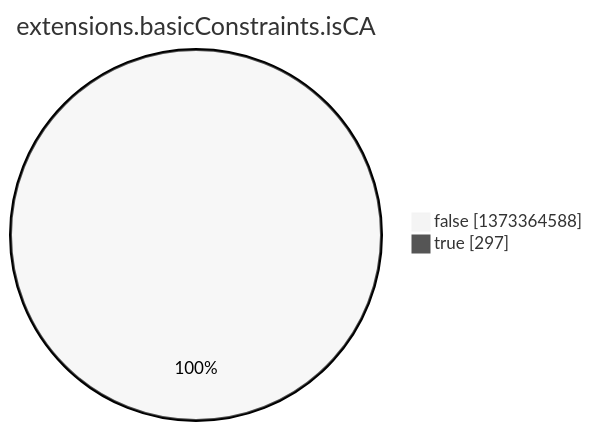
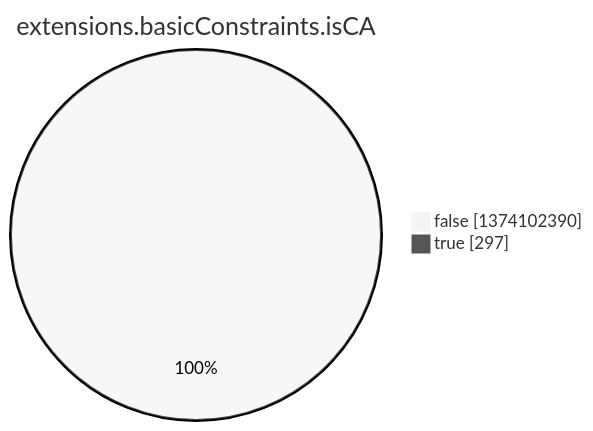
One commit to christiankrug/ctmonitor_visualization changed the eighth of 15 diagrams in argon2022/README.md. Above: the diagram before and after it, drawn with Mermaid (neutral theme). The commit also changed other lines of this file, not shown here.

````diff
--- a/argon2022/README.md
+++ b/argon2022/README.md
@@ -2759,6 +2759,6 @@
 ```mermaid
 pie showData
 title extensions.basicConstraints.isCA
-"false" :1373364588
+"false" :1374102390
 "true" :297
 ```
````
